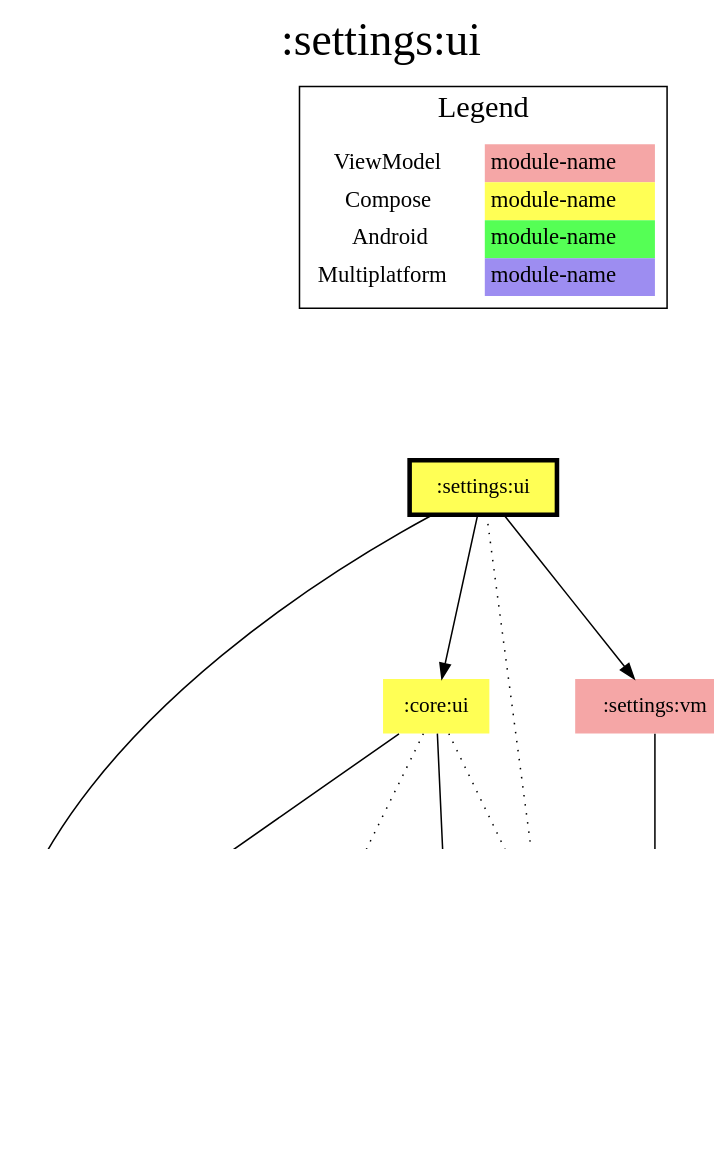
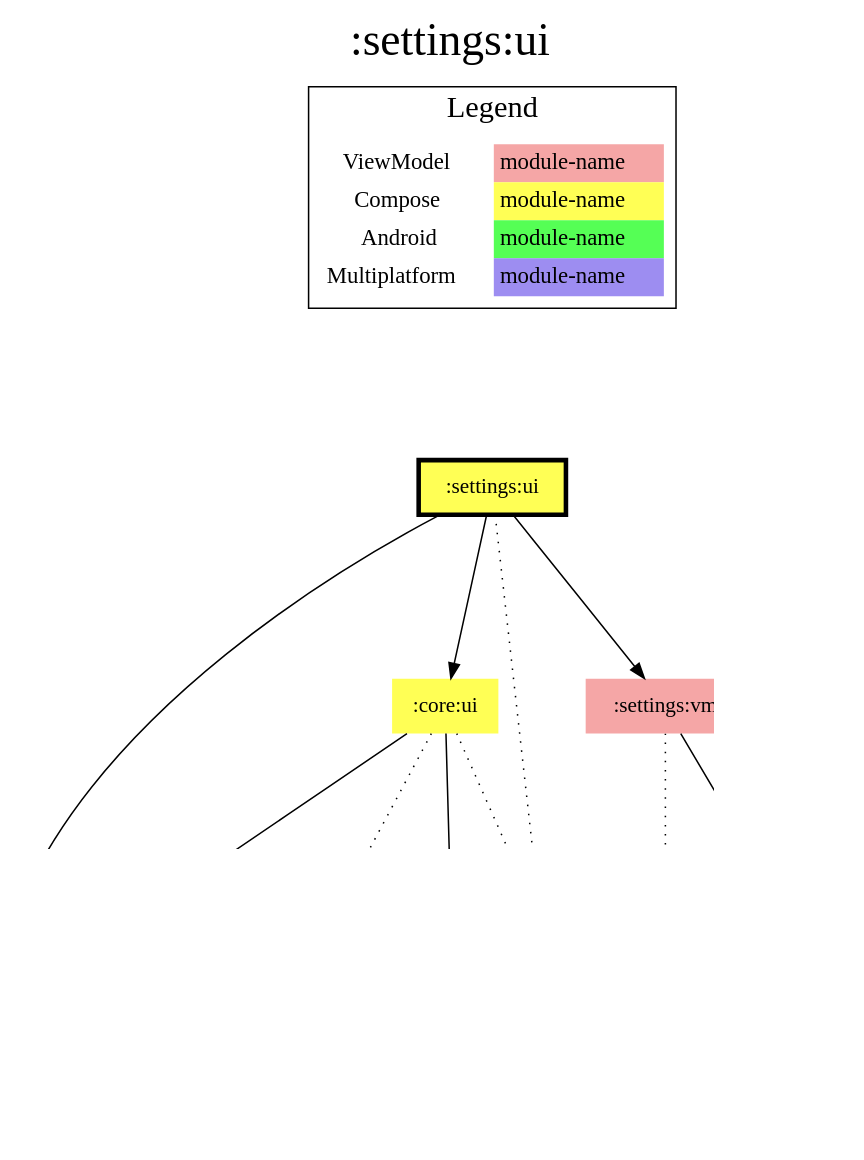
Before and after one commit to jonapoul/aktual: the diagram in modules/settings/ui/modules.dot, drawn with Graphviz. The commit also changed 102 other files, not shown here.

```diff
--- a/modules/settings/ui/modules.dot
+++ b/modules/settings/ui/modules.dot
@@ -1,42 +1,44 @@
 digraph {
 edge ["dir"="forward"]
 graph ["dpi"="100","label"=":settings:ui","labelloc"="t","fontsize"="30","ranksep"="1.5","rankdir"="TB"]
 node ["style"="filled"]
 ":account:model" ["fillcolor"="#9D8DF1","shape"="none"]
 ":budget:model" ["fillcolor"="#9D8DF1","shape"="none"]
 ":core:android" ["fillcolor"="#55FF55","shape"="none"]
 ":core:model" ["fillcolor"="#9D8DF1","shape"="none"]
 ":core:ui" ["fillcolor"="#FFFF55","shape"="none"]
 ":l10n" ["fillcolor"="#9D8DF1","shape"="none"]
+":logging" ["fillcolor"="#9D8DF1","shape"="none"]
 ":prefs" ["fillcolor"="#9D8DF1","shape"="none"]
 ":settings:ui" ["fillcolor"="#FFFF55","color"="black","penwidth"="3","shape"="box"]
 ":settings:vm" ["fillcolor"="#F5A6A6","shape"="none"]
 {
 edge ["dir"="none"]
 graph ["rank"="same"]
 ":settings:ui"
 }
 ":core:ui" -> ":budget:model"
 ":core:ui" -> ":core:android" ["style"="dotted"]
 ":core:ui" -> ":core:model"
 ":core:ui" -> ":l10n" ["style"="dotted"]
 ":prefs" -> ":account:model"
 ":prefs" -> ":core:model"
 ":settings:ui" -> ":core:model"
 ":settings:ui" -> ":core:ui"
 ":settings:ui" -> ":l10n" ["style"="dotted"]
 ":settings:ui" -> ":settings:vm"
+":settings:vm" -> ":logging" ["style"="dotted"]
 ":settings:vm" -> ":prefs"
 subgraph "cluster_legend" {
 edge ["dir"="none"]
 graph ["label"="Legend","fontsize"="20"]
 "Legend" ["style"="filled","fillcolor"="#FFFFFF","shape"="none","margin"="0","fontsize"="15","label"=<
 <TABLE BORDER="0" CELLBORDER="0" CELLSPACING="0" CELLPADDING="4">
 <TR><TD>ViewModel</TD><TD BGCOLOR="#F5A6A6">module-name</TD></TR>
 <TR><TD>Compose</TD><TD BGCOLOR="#FFFF55">module-name</TD></TR>
 <TR><TD>Android</TD><TD BGCOLOR="#55FF55">module-name</TD></TR>
 <TR><TD>Multiplatform</TD><TD BGCOLOR="#9D8DF1">module-name</TD></TR>
 </TABLE>
 >]
 } -> ":settings:ui" ["style"="invis"]
 }
```
